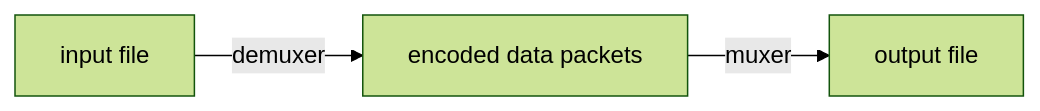
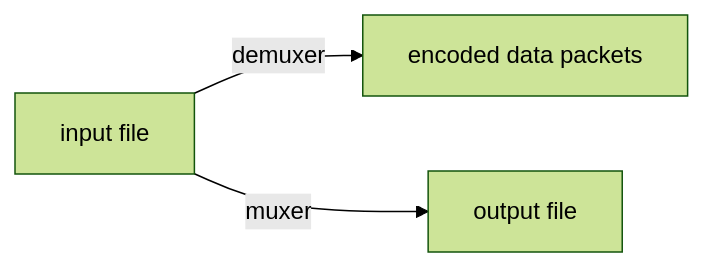
The fifth of 5 diagrams in docs/tools/ffmpeg/guide.md (gendloop/LearningNotes), drawn with Mermaid (forest theme) before and after one commit. The commit also changed other lines of this file, not shown here.

````diff
--- a/docs/tools/ffmpeg/guide.md
+++ b/docs/tools/ffmpeg/guide.md
@@ -99,6 +99,5 @@
 ```mermaid
 graph LR
-1[input file]
--->|demuxer| 2[encoded data packets]
--->|muxer| 3[output file]
+1[input file] -->|demuxer| 2[encoded data packets]
+1[input file] -->|muxer| 3[output file]
 ```
````
